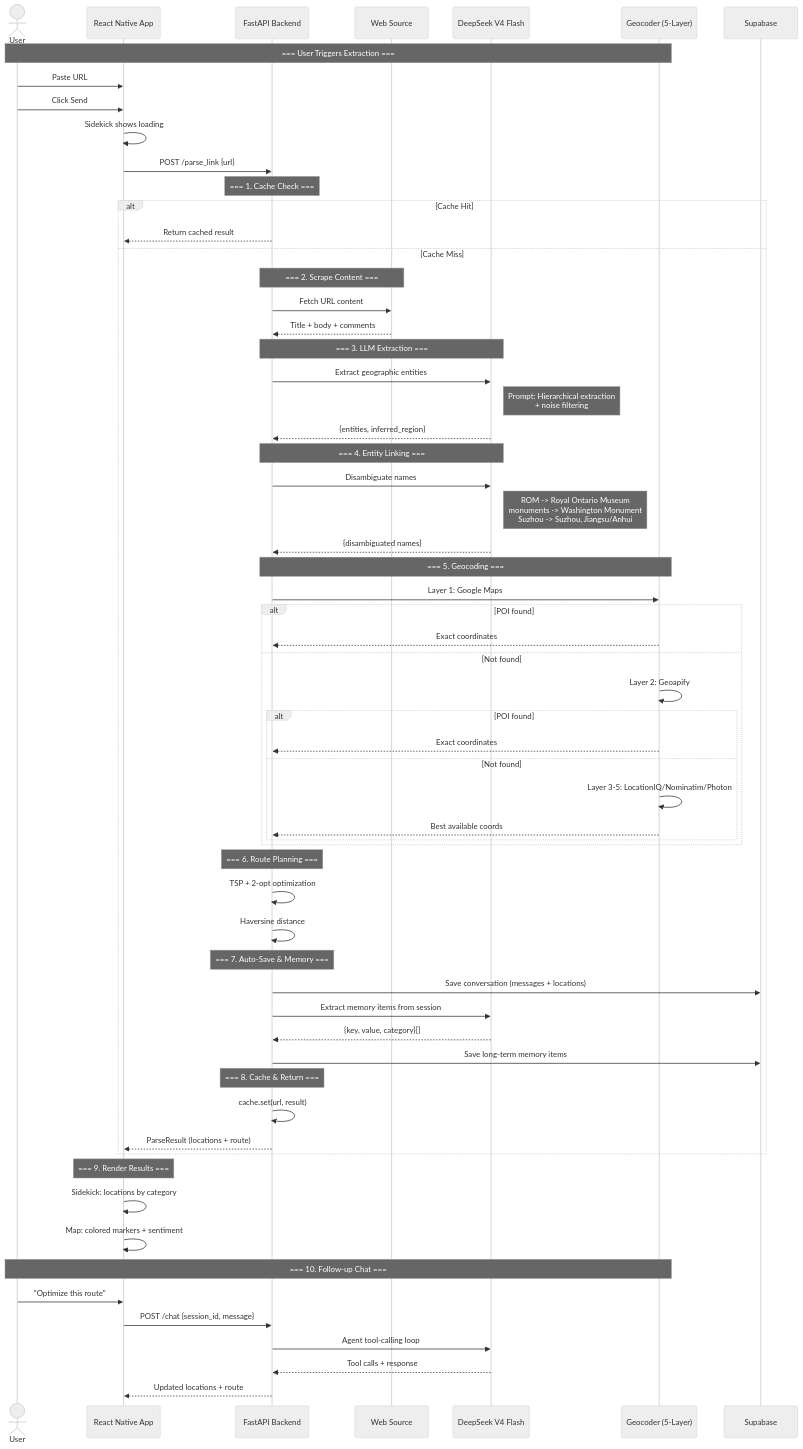
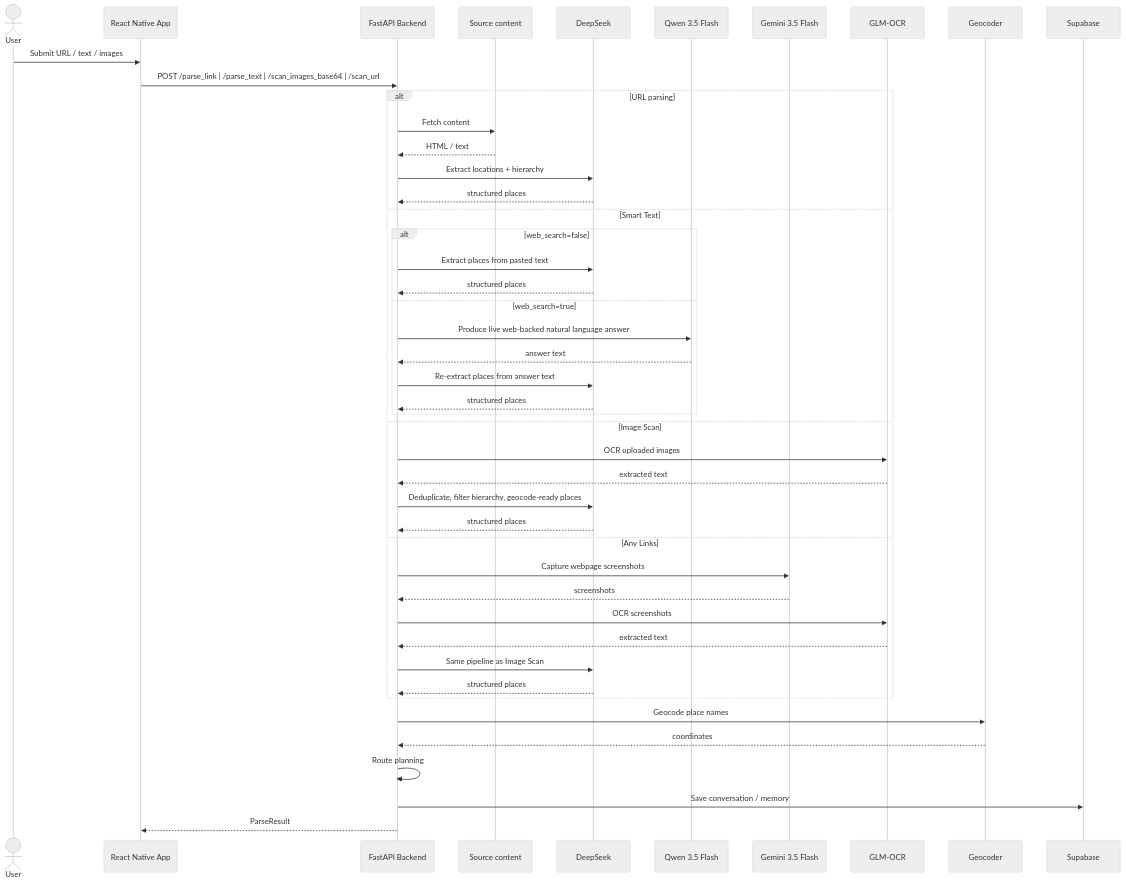
Before and after one commit to zjwang168/atlas-mobile: the second of 2 diagrams in README.md, drawn with Mermaid (neutral theme). The commit also changed other lines of this file and 58 other files, not shown here.

Commit message:
Smart Text, Image Scan, Any Links, offline LLM engineering, web search LLM engineering, and pure vision module aggregation

````diff
--- a/README.md
+++ b/README.md
@@ -116,76 +127,51 @@
 ```mermaid
 sequenceDiagram
     actor User
     participant App as React Native App
     participant Backend as FastAPI Backend
-    participant Source as Web Source
-    participant LLM as DeepSeek V4 Flash
-    participant Geo as Geocoder (5-Layer)
+    participant Source as Source content
+    participant DeepSeek as DeepSeek
+    participant Qwen as Qwen 3.5 Flash
+    participant Gemini as Gemini 3.5 Flash
+    participant OCR as GLM-OCR
+    participant Geo as Geocoder
     participant DB as Supabase
 
-    Note over User,Geo: === User Triggers Extraction ===
-    
-    User->>App: Paste URL
-    User->>App: Click Send
-    
-    App->>App: Sidekick shows loading
-    App->>Backend: POST /parse_link {url}
-    
-    Note over Backend: === 1. Cache Check ===
-    alt Cache Hit
-        Backend-->>App: Return cached result
-    else Cache Miss
-        Note over Backend,Source: === 2. Scrape Content ===
-        Backend->>Source: Fetch URL content
-        Source-->>Backend: Title + body + comments
-        
-        Note over Backend,LLM: === 3. LLM Extraction ===
-        Backend->>LLM: Extract geographic entities
-        Note right of LLM: Prompt: Hierarchical extraction<br/>+ noise filtering
-        LLM-->>Backend: {entities, inferred_region}
-        
-        Note over Backend,LLM: === 4. Entity Linking ===
-        Backend->>LLM: Disambiguate names
-        Note right of LLM: ROM -> Royal Ontario Museum<br/>monuments -> Washington Monument<br/>Suzhou -> Suzhou, Jiangsu/Anhui
-        LLM-->>Backend: {disambiguated names}
-        
-        Note over Backend,Geo: === 5. Geocoding ===
-        Backend->>Geo: Layer 1: Google Maps
-        alt POI found
-            Geo-->>Backend: Exact coordinates
-        else Not found
-            Geo->>Geo: Layer 2: Geoapify
-            alt POI found
-                Geo-->>Backend: Exact coordinates
-            else Not found
-                Geo->>Geo: Layer 3-5: LocationIQ/Nominatim/Photon
-                Geo-->>Backend: Best available coords
-            end
+    User->>App: Submit URL / text / images
+    App->>Backend: POST /parse_link | /parse_text | /scan_images_base64 | /scan_url
+
+    alt URL parsing
+        Backend->>Source: Fetch content
+        Source-->>Backend: HTML / text
+        Backend->>DeepSeek: Extract locations + hierarchy
+        DeepSeek-->>Backend: structured places
+    else Smart Text
+        alt web_search=false
+            Backend->>DeepSeek: Extract places from pasted text
+            DeepSeek-->>Backend: structured places
+        else web_search=true
+            Backend->>Qwen: Produce live web-backed natural language answer
+            Qwen-->>Backend: answer text
+            Backend->>DeepSeek: Re-extract places from answer text
+            DeepSeek-->>Backend: structured places
         end
-        
-        Note over Backend: === 6. Route Planning ===
-        Backend->>Backend: TSP + 2-opt optimization
-        Backend->>Backend: Haversine distance
-        
-        Note over Backend: === 7. Auto-Save & Memory ===
-        Backend->>DB: Save conversation (messages + locations)
-        Backend->>LLM: Extract memory items from session
-        LLM-->>Backend: {key, value, category}[]
-        Backend->>DB: Save long-term memory items
-        
-        Note over Backend: === 8. Cache & Return ===
-        Backend->>Backend: cache.set(url, result)
-        Backend-->>App: ParseResult (locations + route)
+    else Image Scan
+        Backend->>OCR: OCR uploaded images
+        OCR-->>Backend: extracted text
+        Backend->>DeepSeek: Deduplicate, filter hierarchy, geocode-ready places
+        DeepSeek-->>Backend: structured places
+    else Any Links
+        Backend->>Gemini: Capture webpage screenshots
+        Gemini-->>Backend: screenshots
+        Backend->>OCR: OCR screenshots
+        OCR-->>Backend: extracted text
+        Backend->>DeepSeek: Same pipeline as Image Scan
+        DeepSeek-->>Backend: structured places
     end
-    
-    Note over App: === 9. Render Results ===
-    App->>App: Sidekick: locations by category
-    App->>App: Map: colored markers + sentiment
-    
-    Note over User,Geo: === 10. Follow-up Chat ===
-    User->>App: "Optimize this route"
-    App->>Backend: POST /chat {session_id, message}
-    Backend->>LLM: Agent tool-calling loop
-    LLM-->>Backend: Tool calls + response
-    Backend-->>App: Updated locations + route
+
+    Backend->>Geo: Geocode place names
+    Geo-->>Backend: coordinates
+    Backend->>Backend: Route planning
+    Backend->>DB: Save conversation / memory
+    Backend-->>App: ParseResult
 ```
````
